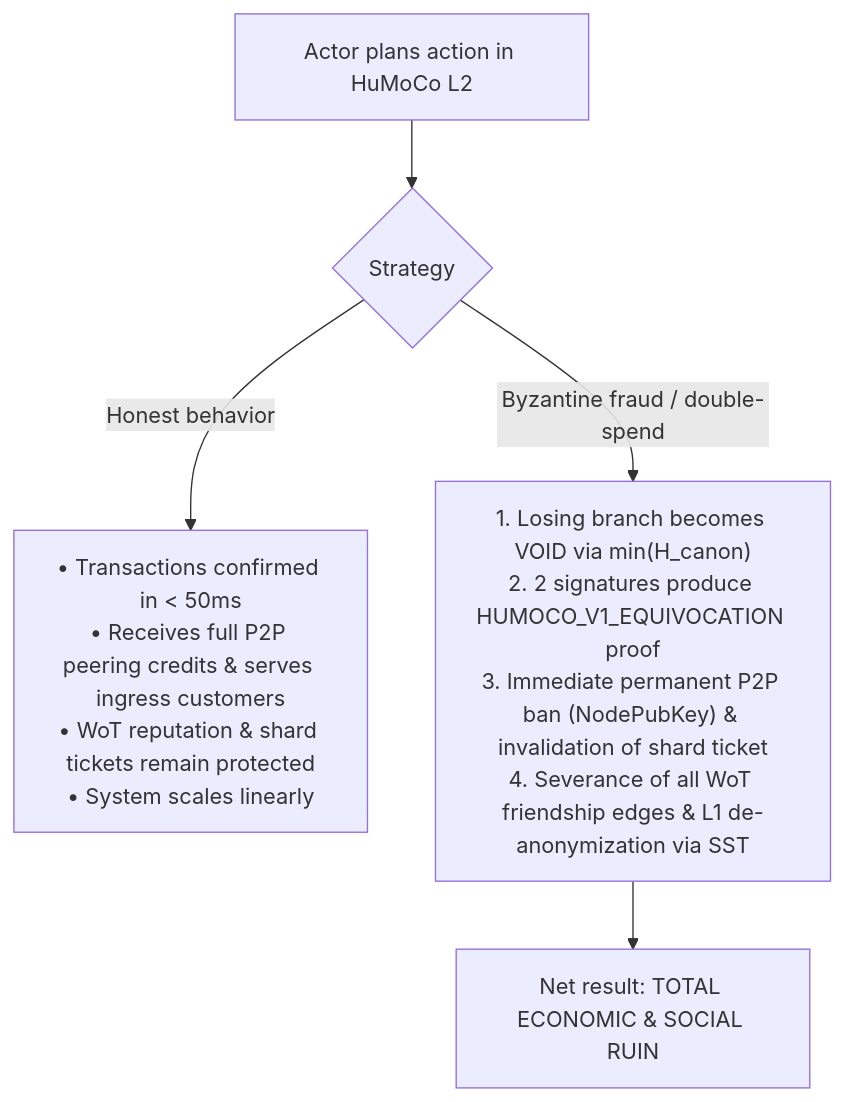
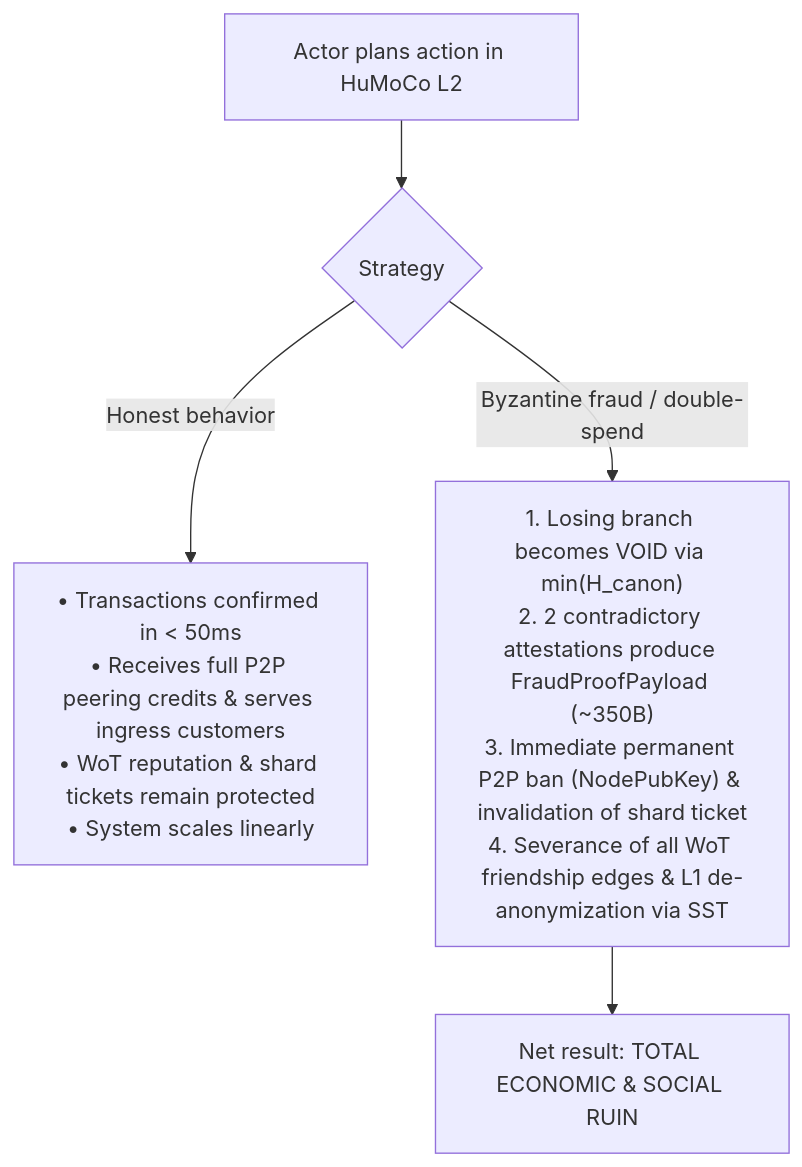
One commit to minutogit/human-money-node changed the fifth of 5 diagrams in docs/05_spieltheorie_und_angriffsmatrix.md. Above: the diagram before and after it, drawn with Mermaid. The commit also changed other lines of this file and 16 other files, not shown here.

````diff
--- a/docs/05_spieltheorie_und_angriffsmatrix.md
+++ b/docs/05_spieltheorie_und_angriffsmatrix.md
@@ -122,10 +122,10 @@
 ```mermaid
 flowchart TD
     Attacker["Actor plans action in HuMoCo L2"] --> Action{"Strategy"}
 
     Action -->|Honest behavior| Benefit["• Transactions confirmed in < 50ms<br>• Receives full P2P peering credits & serves ingress customers<br>• WoT reputation & shard tickets remain protected<br>• System scales linearly"]
 
-    Action -->|Byzantine fraud / double-spend| ForkOutcome["1. Losing branch becomes VOID via min(H_canon)<br>2. 2 signatures produce HUMOCO_V1_EQUIVOCATION proof<br>3. Immediate permanent P2P ban (NodePubKey) & invalidation of shard ticket<br>4. Severance of all WoT friendship edges & L1 de-anonymization via SST"]
+    Action -->|Byzantine fraud / double-spend| ForkOutcome["1. Losing branch becomes VOID via min(H_canon)<br>2. 2 contradictory attestations produce FraudProofPayload (~350B)<br>3. Immediate permanent P2P ban (NodePubKey) & invalidation of shard ticket<br>4. Severance of all WoT friendship edges & L1 de-anonymization via SST"]
 
     ForkOutcome --> TotalLoss["Net result: TOTAL ECONOMIC & SOCIAL RUIN"]
 ```
````
